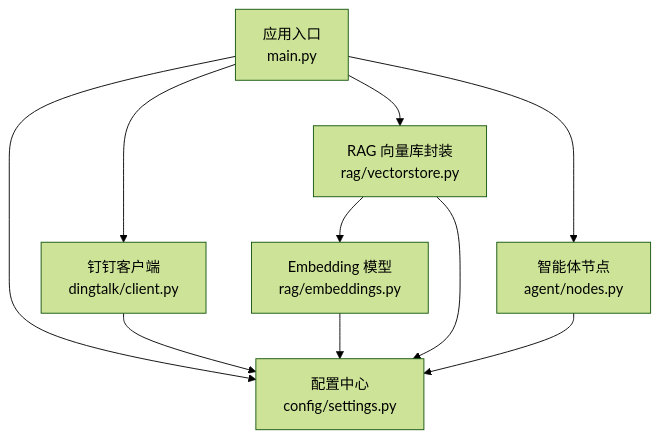
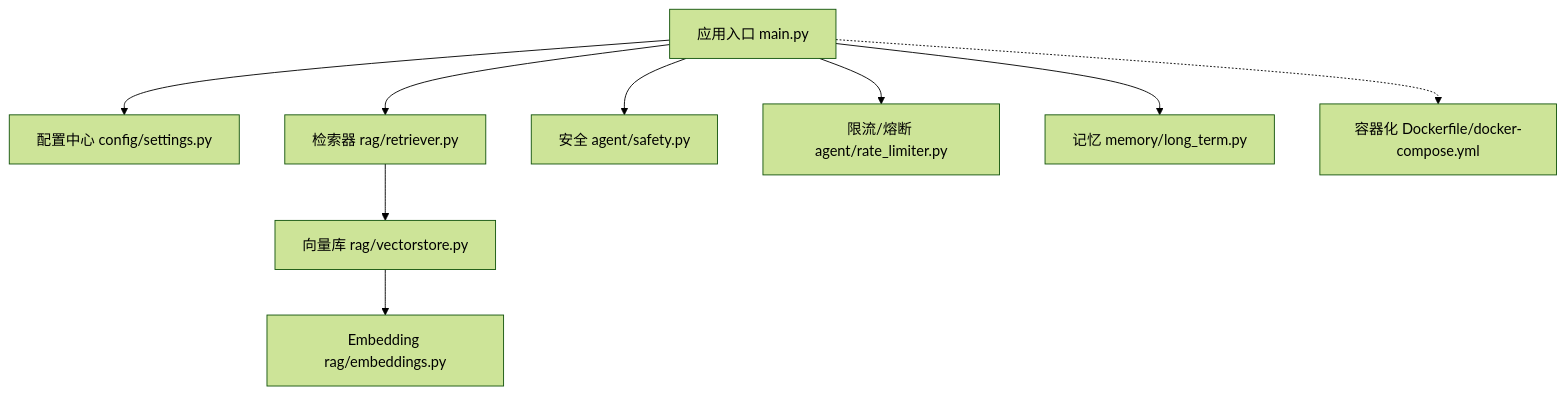
Before and after one commit to Cecil09312/DingDingAIAssistant: the first of 7 diagrams in .qoder/repowiki/zh/content/配置管理.md, drawn with Mermaid (forest theme). The commit also changed other lines of this file and 81 other files, not shown here.

````diff
--- a/.qoder/repowiki/zh/content/配置管理.md
+++ b/.qoder/repowiki/zh/content/配置管理.md
@@ -34,12 +52,11 @@
 ```mermaid
 graph TB
-A["应用入口<br/>main.py"] --> B["配置中心<br/>config/settings.py"]
-A --> C["钉钉客户端<br/>dingtalk/client.py"]
-A --> D["RAG 向量库封装<br/>rag/vectorstore.py"]
-D --> E["Embedding 模型<br/>rag/embeddings.py"]
-A --> F["智能体节点<br/>agent/nodes.py"]
-F --> B
-D --> B
-C --> B
-E --> B
+A["应用入口 main.py"] --> B["配置中心 config/settings.py"]
+A --> C["检索器 rag/retriever.py"]
+C --> D["向量库 rag/vectorstore.py"]
+D --> E["Embedding rag/embeddings.py"]
+A --> F["安全 agent/safety.py"]
+A --> G["限流/熔断 agent/rate_limiter.py"]
+A --> H["记忆 memory/long_term.py"]
+A -.-> I["容器化 Dockerfile/docker-compose.yml"]
 ```
````
